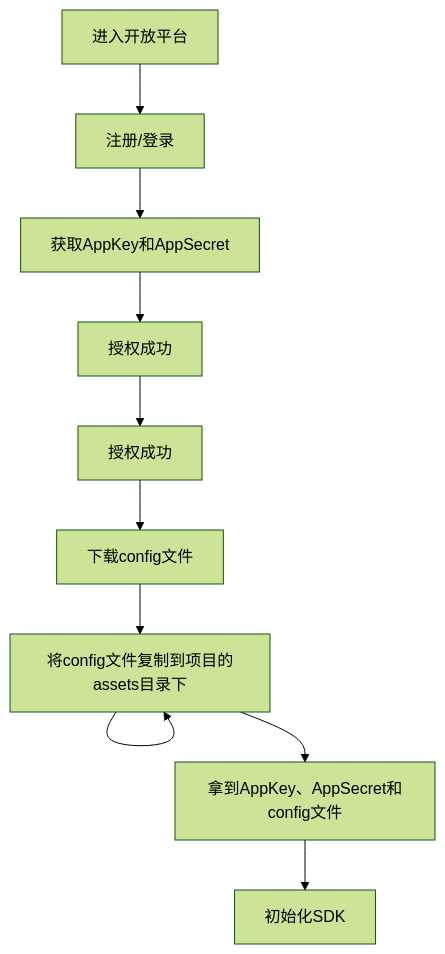
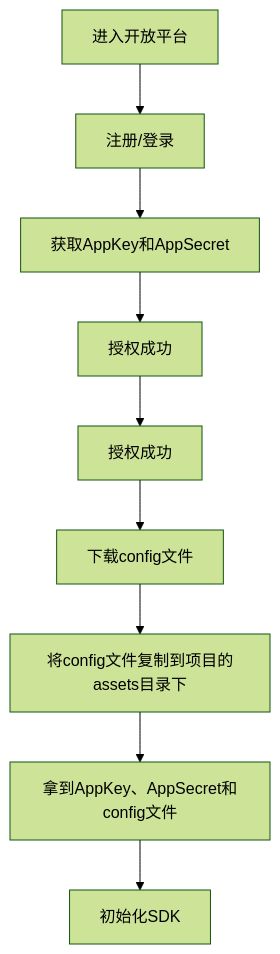
Before and after one commit to LefuHengqi/BluetoothKit-AndroidDemo: the second of 3 diagrams in README.md, drawn with Mermaid (forest theme). The commit also changed other lines of this file, not shown here.

```diff
--- a/README.md
+++ b/README.md
@@ -48,11 +48,11 @@
 ~~~mermaid
 graph TD
 A[进入开放平台] --> B[注册/登录]
 B[注册/登录] --> C[获取AppKey和AppSecret]
-C[获取AppKey和AppSecret] --> D[授权成功] 
+C[获取AppKey和AppSecret] --> D[授权成功]
 D[授权成功]  --> E[授权成功]
 E[授权成功] --> F[下载config文件]
-F[下载config文件] --> G[将config文件复制到项目的assets目录下] --> 
+F[下载config文件] --> G[将config文件复制到项目的assets目录下]
 G[将config文件复制到项目的assets目录下] --> H[拿到AppKey、AppSecret和config文件] 
 H[拿到AppKey、AppSecret和config文件] --> I[初始化SDK]
 ~~~
```
